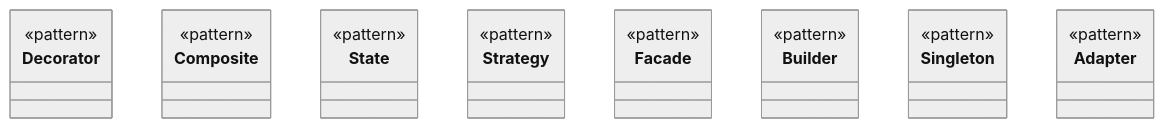
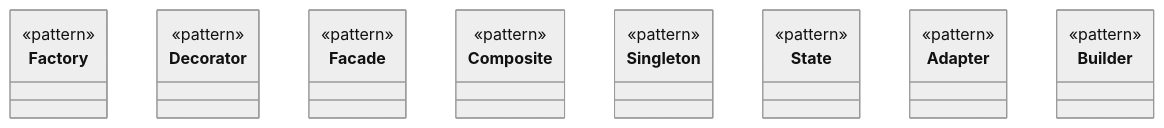
The diagram in web/diagrams/profile.mmd (AhmadHassan-BTed/OpenHeart), drawn with Mermaid (neutral theme) before and after one commit. The commit also changed 63 other files, not shown here.

Commit message:
refactor: replace placeholder design pattern diagrams with core application architecture and training workflows

```diff
--- a/web/diagrams/profile.mmd
+++ b/web/diagrams/profile.mmd
@@ -1,25 +1,25 @@
 classDiagram
+    class Factory {
+        <<pattern>>
+    }
     class Decorator {
+        <<pattern>>
+    }
+    class Facade {
         <<pattern>>
     }
     class Composite {
         <<pattern>>
     }
+    class Singleton {
+        <<pattern>>
+    }
     class State {
         <<pattern>>
     }
-    class Strategy {
-        <<pattern>>
-    }
-    class Facade {
+    class Adapter {
         <<pattern>>
     }
     class Builder {
         <<pattern>>
     }
-    class Singleton {
-        <<pattern>>
-    }
-    class Adapter {
-        <<pattern>>
-    }
```
